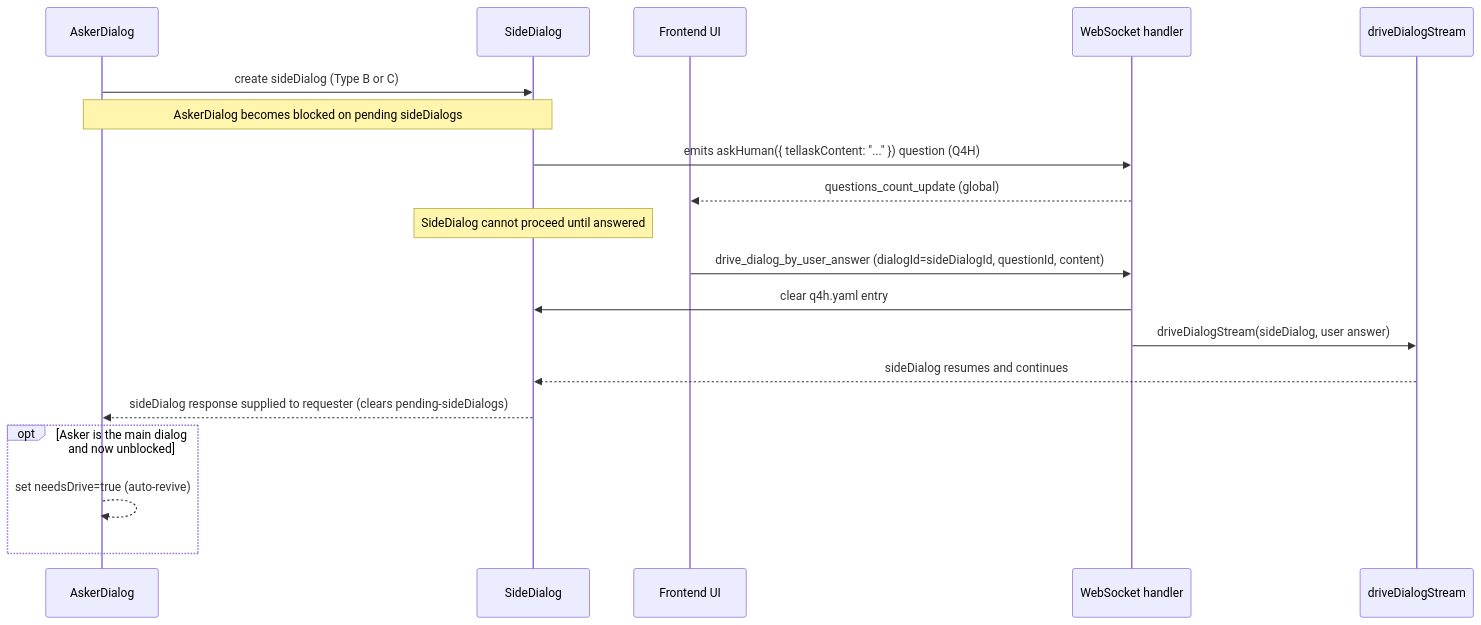
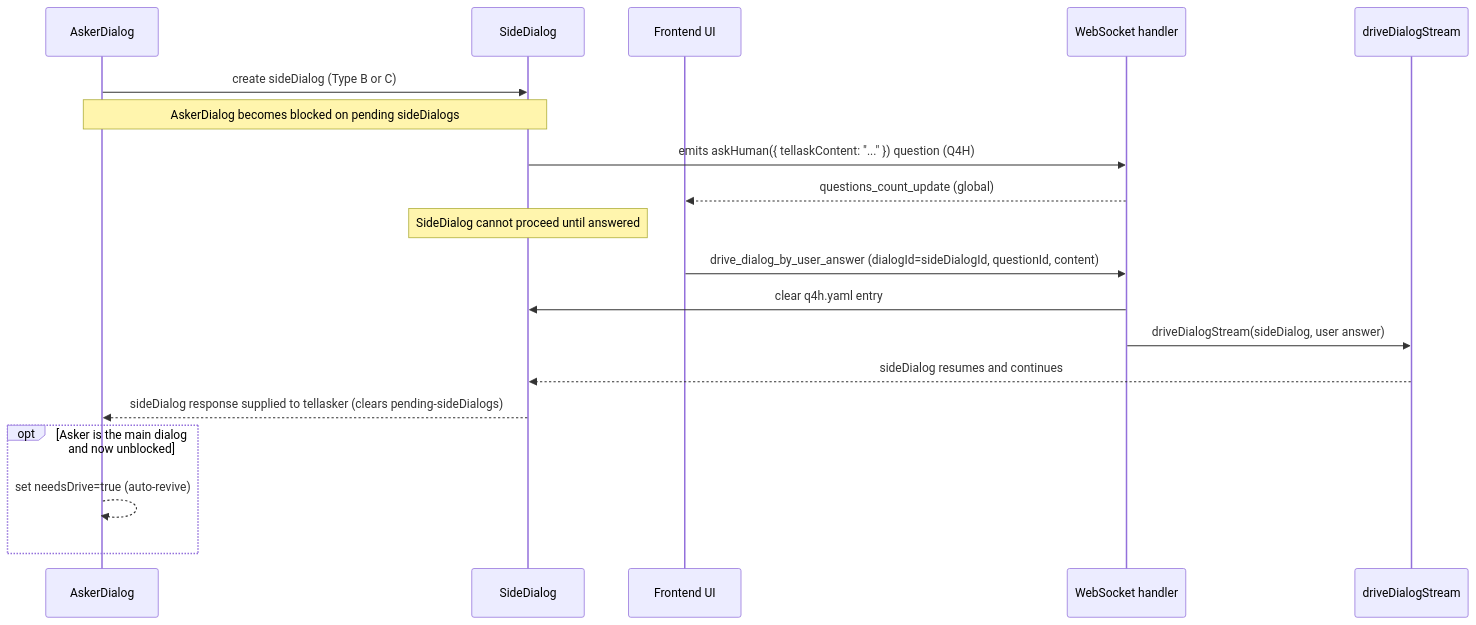
Before and after one commit to longrun-ai/dominds: diagram 15 of 18 in docs/dialog-system.md, drawn with Mermaid. The commit also changed other lines of this file and 66 other files, not shown here.

````diff
--- a/docs/dialog-system.md
+++ b/docs/dialog-system.md
@@ -1334,25 +1334,25 @@
 ```mermaid
 sequenceDiagram
   participant Asker as AskerDialog
   participant Side as SideDialog
   participant UI as Frontend UI
   participant WS as WebSocket handler
   participant Driver as driveDialogStream
 
   Asker->>Side: create sideDialog (Type B or C)
   Note over Asker,Side: AskerDialog becomes blocked on pending sideDialogs
   Side->>WS: emits askHuman({ tellaskContent: "..." }) question (Q4H)
   WS-->>UI: questions_count_update (global)
 
   Note over Side: SideDialog cannot proceed until answered
 
   UI->>WS: drive_dialog_by_user_answer (dialogId=sideDialogId, questionId, content)
   WS->>Side: clear q4h.yaml entry
   WS->>Driver: driveDialogStream(sideDialog, user answer)
   Driver-->>Side: sideDialog resumes and continues
-  Side-->>Asker: sideDialog response supplied to requester (clears pending-sideDialogs)
+  Side-->>Asker: sideDialog response supplied to tellasker (clears pending-sideDialogs)
 
   opt Asker is the main dialog and now unblocked
     Asker-->>Asker: set needsDrive=true (auto-revive)
   end
 ```
````
